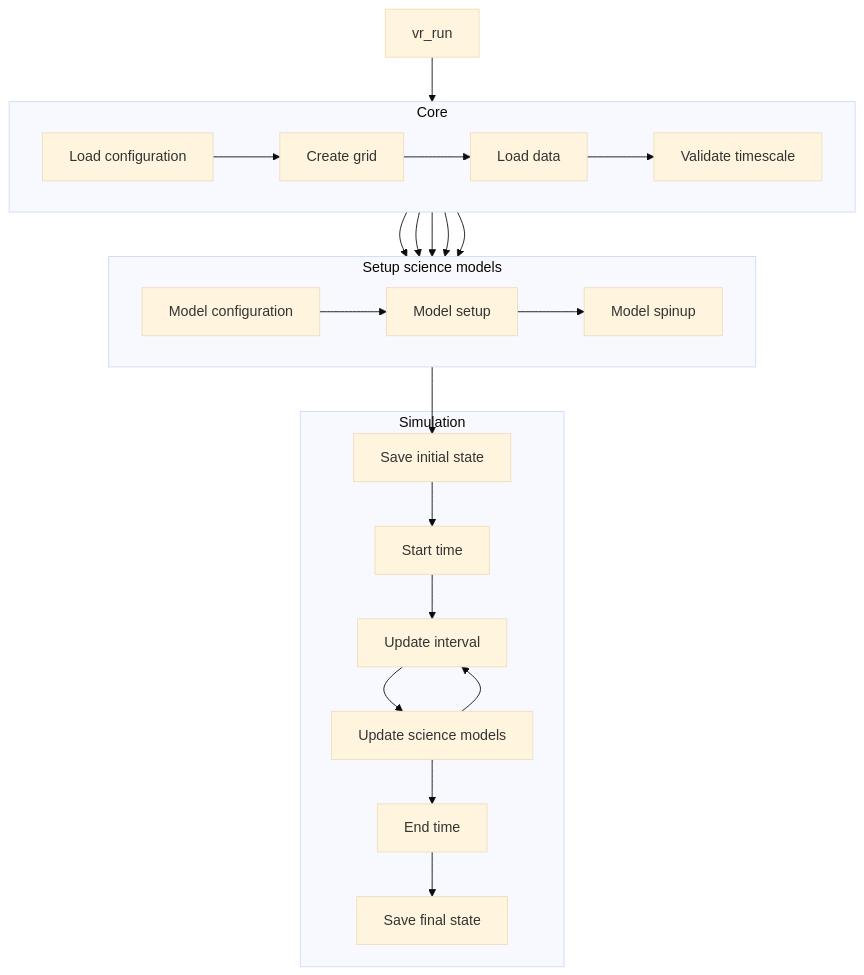
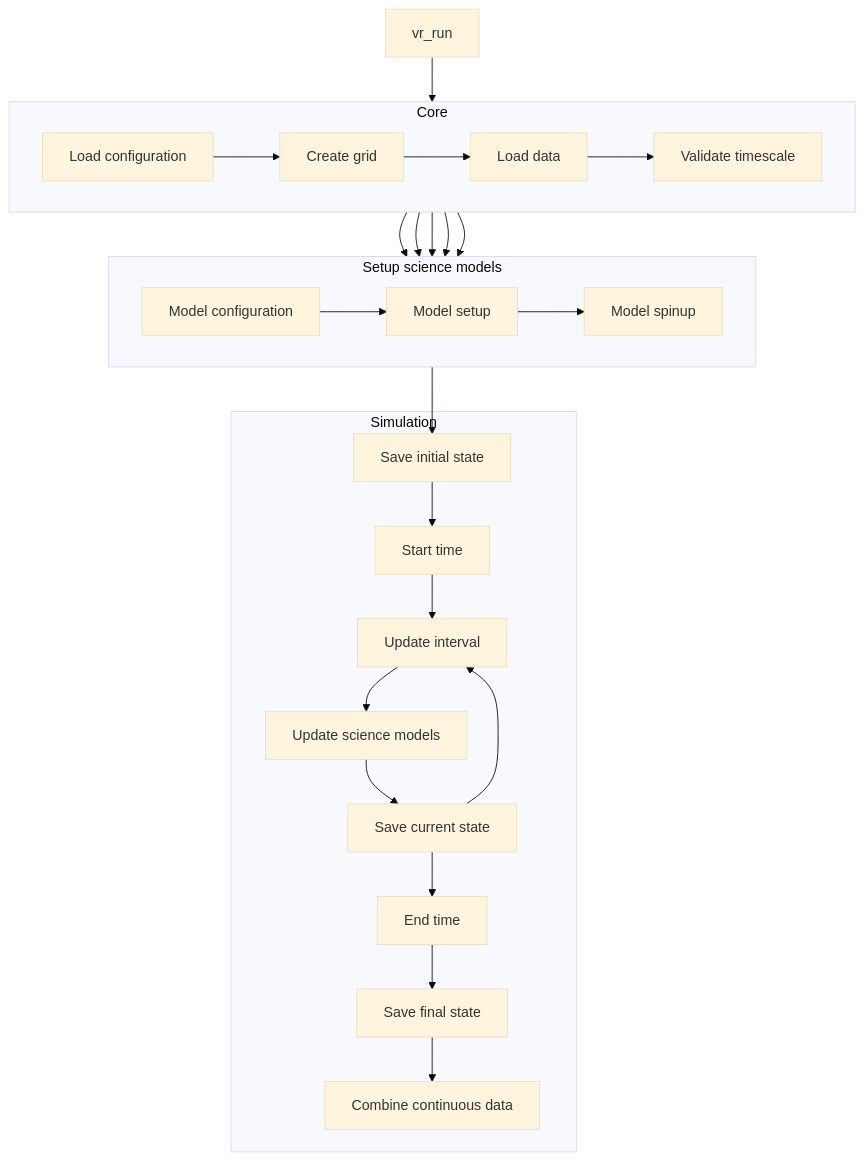
One commit to ImperialCollegeLondon/virtual_ecosystem changed the diagram in docs/source/virtual_rainforest/main_simulation.md. Above: the diagram before and after it, drawn with Mermaid (base theme). The commit also changed other lines of this file and 1 other file, not shown here.

Commit message:
Updated docs to describe continous data output

````diff
--- a/docs/source/virtual_rainforest/main_simulation.md
+++ b/docs/source/virtual_rainforest/main_simulation.md
@@ -11,29 +11,31 @@
 ```{mermaid}
 flowchart TD
     A[vr_run] --> B
     B --> F
     C --> F
     D --> F
     D --> G
     E --> F
     H --> H2
     subgraph Core 
     direction LR
     B[Load configuration] --> C[Create grid]
     C --> D[Load data]
     D --> E[Validate timescale]
     end
     subgraph Setup science models
     direction LR
     F[Model configuration] --> G[Model setup]
     G --> H[Model spinup]
     end
     subgraph Simulation
     H2[Save initial state] --> I[Start time]
     I --> J[Update interval]
     J --> K[Update science models]
-    K --> J
-    K --> L[End time]
-    L --> M[Save final state]
+    K --> L[Save current state]
+    L --> J
+    L --> M[End time]
+    M --> N[Save final state]
+    N --> O[Combine continuous data]
     end
 ```
````
